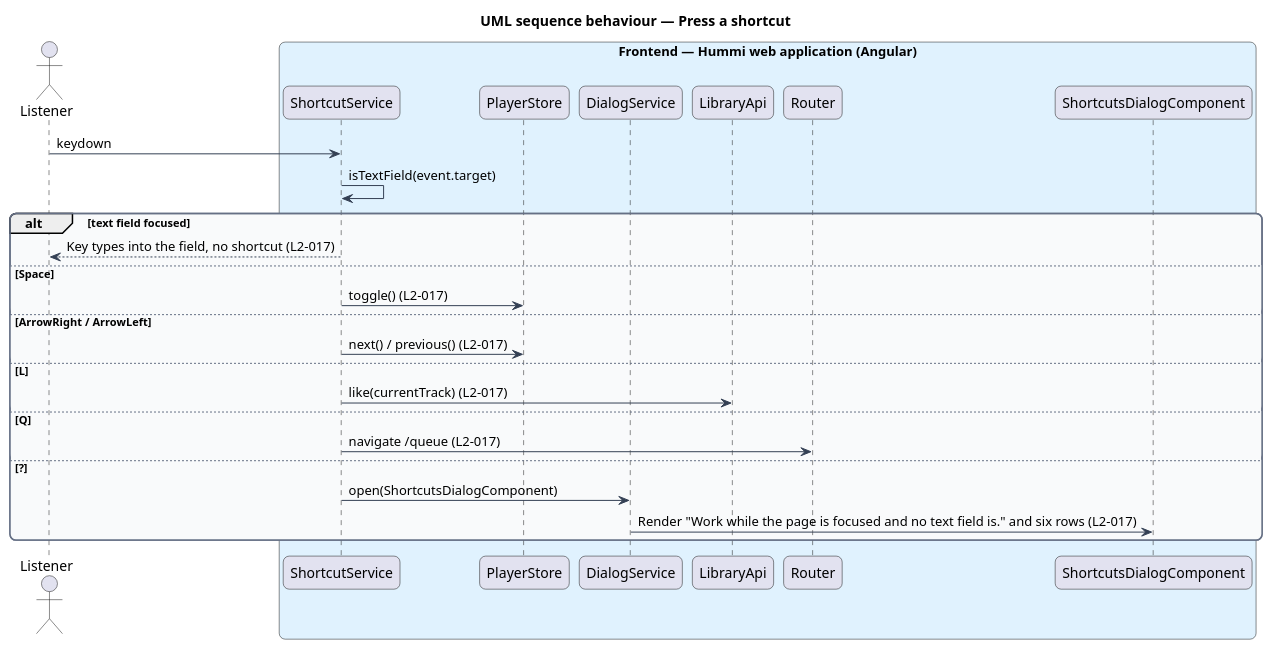
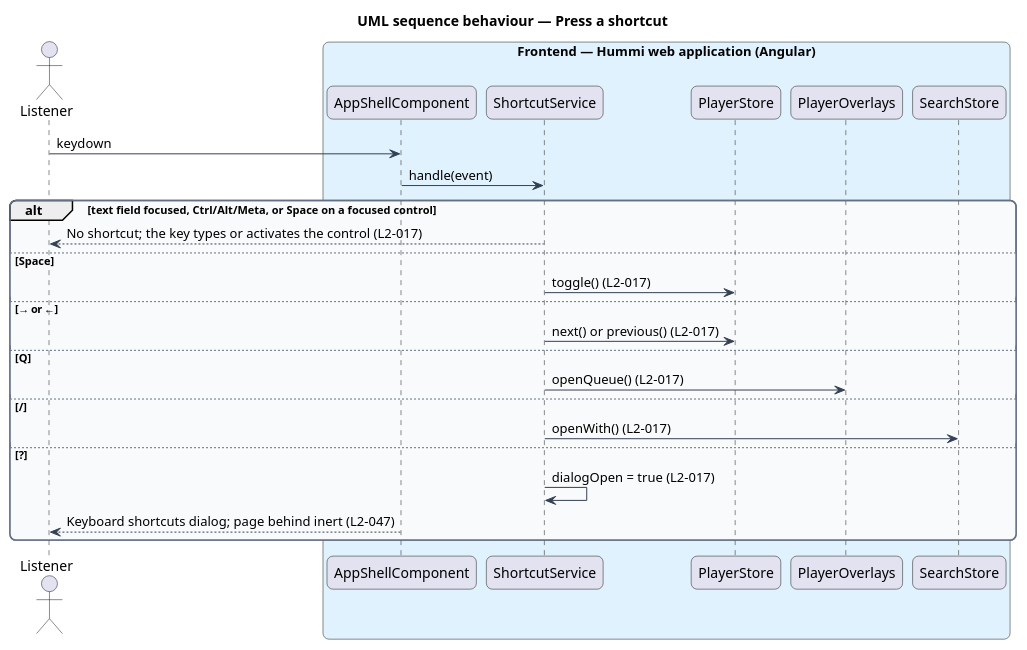
Before and after one commit to QuinntyneBrown/hummi: the diagram in docs/detailed-designs/playback/keyboard-shortcuts/diagrams/sequence-shortcuts.puml, drawn with PlantUML. The commit also changed 156 other files, not shown here.

First line of the commit message:
Control what plays next: Now playing, queue drawer, track menu and keyboard shortcuts

```diff
--- a/docs/detailed-designs/playback/keyboard-shortcuts/diagrams/sequence-shortcuts.puml
+++ b/docs/detailed-designs/playback/keyboard-shortcuts/diagrams/sequence-shortcuts.puml
@@ -1,42 +1,41 @@
 @startuml
 title UML sequence behaviour — Press a shortcut
 skinparam backgroundColor #FFFFFF
 skinparam shadowing false
 skinparam roundcorner 12
 skinparam defaultFontName Arial
 skinparam ArrowColor #344054
 skinparam rectangle {
   BorderColor #344054
   FontColor #101828
 }
 skinparam package {
   BorderColor #667085
   FontColor #101828
   BackgroundColor #F9FAFB
 }
 actor "Listener" as u
 box "Frontend — Hummi web application (Angular)" #E0F2FE
+  participant "AppShellComponent" as shell
   participant "ShortcutService" as keys
   participant "PlayerStore" as player
-  participant "DialogService" as dialogs
-  participant "LibraryApi" as like
-  participant "Router" as router
-  participant "ShortcutsDialogComponent" as dlg
+  participant "PlayerOverlays" as overlays
+  participant "SearchStore" as search
 end box
-u -> keys : keydown
-keys -> keys : isTextField(event.target)
-alt text field focused
-  keys --> u : Key types into the field, no shortcut (L2-017)
+u -> shell : keydown
+shell -> keys : handle(event)
+alt text field focused, Ctrl/Alt/Meta, or Space on a focused control
+  keys --> u : No shortcut; the key types or activates the control (L2-017)
 else Space
   keys -> player : toggle() (L2-017)
-else ArrowRight / ArrowLeft
-  keys -> player : next() / previous() (L2-017)
-else L
-  keys -> like : like(currentTrack) (L2-017)
+else → or ←
+  keys -> player : next() or previous() (L2-017)
 else Q
-  keys -> router : navigate /queue (L2-017)
+  keys -> overlays : openQueue() (L2-017)
+else /
+  keys -> search : openWith() (L2-017)
 else ?
-  keys -> dialogs : open(ShortcutsDialogComponent)
-  dialogs -> dlg : Render "Work while the page is focused and no text field is." and six rows (L2-017)
+  keys -> keys : dialogOpen = true (L2-017)
+  shell --> u : Keyboard shortcuts dialog; page behind inert (L2-047)
 end
 @enduml
```
